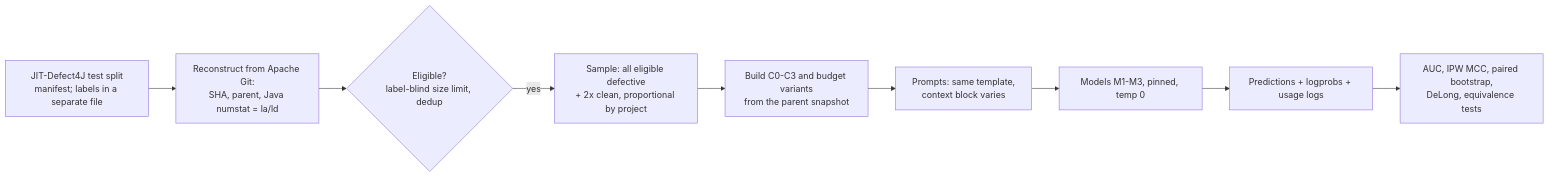
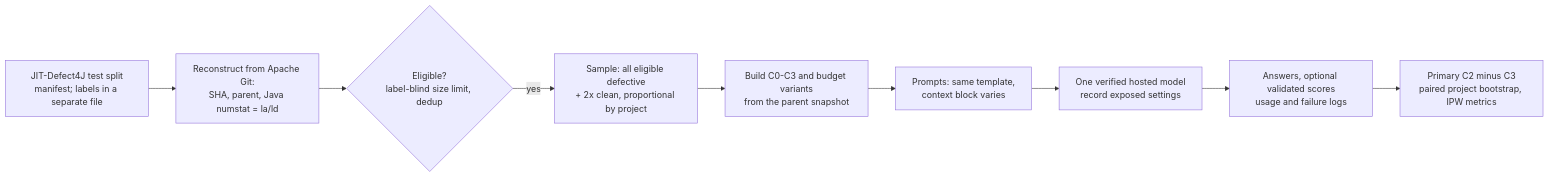
The diagram in docs/03-experimental-design.md (pankajsain7/llm-context), drawn with Mermaid before and after one commit. The commit also changed other lines of this file and 26 other files, not shown here.

````diff
--- a/docs/03-experimental-design.md
+++ b/docs/03-experimental-design.md
@@ -38,11 +38,11 @@
 ```mermaid
 flowchart LR
   A[JIT-Defect4J test split<br/>manifest; labels in a separate file] --> B[Reconstruct from Apache Git:<br/>SHA, parent, Java numstat = la/ld]
   B --> C{Eligible?<br/>label-blind size limit, dedup}
   C -->|yes| D[Sample: all eligible defective<br/>+ 2x clean, proportional by project]
   D --> E[Build C0-C3 and budget variants<br/>from the parent snapshot]
   E --> F[Prompts: same template,<br/>context block varies]
-  F --> G[Models M1-M3, pinned, temp 0]
-  G --> H[Predictions + logprobs + usage logs]
-  H --> I[AUC, IPW MCC, paired bootstrap,<br/>DeLong, equivalence tests]
+  F --> G[One verified hosted model<br/>record exposed settings]
+  G --> H[Answers, optional validated scores<br/>usage and failure logs]
+  H --> I[Primary C2 minus C3<br/>paired project bootstrap, IPW metrics]
 ```
````
